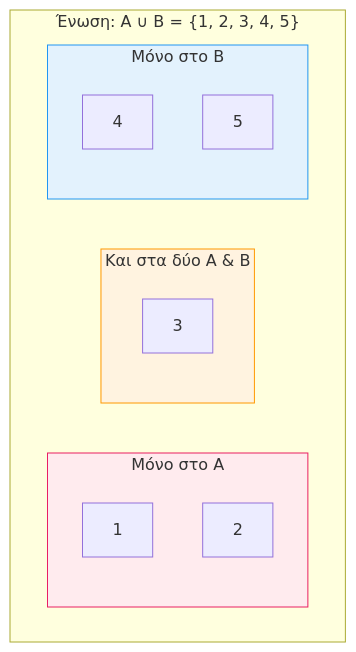
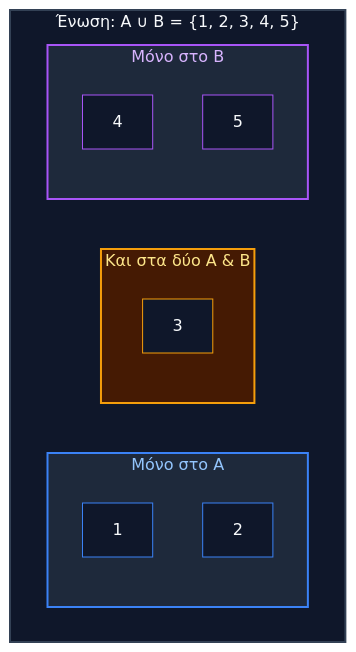
One commit to PanagopoulosNikolaos/DitOpenNotes changed the third of 6 diagrams in Year_1/Semester_2/DISCRETE_MATHEMATICS/Resources/Notes/02_set_operations_and_venn.md. Above: the diagram before and after it, drawn with Mermaid. The commit also changed other lines of this file, not shown here.

Commit message:
docs: update notes on set operations and Venn diagrams

````diff
--- a/Year_1/Semester_2/DISCRETE_MATHEMATICS/Resources/Notes/02_set_operations_and_venn.md
+++ b/Year_1/Semester_2/DISCRETE_MATHEMATICS/Resources/Notes/02_set_operations_and_venn.md
@@ -75,22 +83,29 @@
 ```mermaid
 graph TD
-    subgraph Result [" Ένωση: A ∪ B = {1, 2, 3, 4, 5}"]
+    subgraph Result ["Ένωση: A ∪ B = {1, 2, 3, 4, 5}"]
         subgraph OnlyA ["Μόνο στο A"]
-            style OnlyA fill:#ffebee,stroke:#e91e63
             ua1[1]
             ua2[2]
         end
         
         subgraph Both ["Και στα δύο A & B"]
-            style Both fill:#fff3e0,stroke:#ff9800
             ub3[3]
         end
         
         subgraph OnlyB ["Μόνο στο B"]
-            style OnlyB fill:#e3f2fd,stroke:#2196f3
             ub4[4]
             ub5[5]
         end
     end
+    
+    style Result fill:#0f172a,stroke:#334155,stroke-width:2px,color:#f8fafc
+    style OnlyA fill:#1e293b,stroke:#3b82f6,stroke-width:2px,color:#93c5fd
+    style Both fill:#451a03,stroke:#f59e0b,stroke-width:2px,color:#fde68a
+    style OnlyB fill:#1e293b,stroke:#a855f7,stroke-width:2px,color:#d8b4fe
+    style ua1 fill:#0f172a,stroke:#3b82f6,color:#f8fafc
+    style ua2 fill:#0f172a,stroke:#3b82f6,color:#f8fafc
+    style ub3 fill:#0f172a,stroke:#f59e0b,color:#f8fafc
+    style ub4 fill:#0f172a,stroke:#a855f7,color:#f8fafc
+    style ub5 fill:#0f172a,stroke:#a855f7,color:#f8fafc
 
 ```
````
